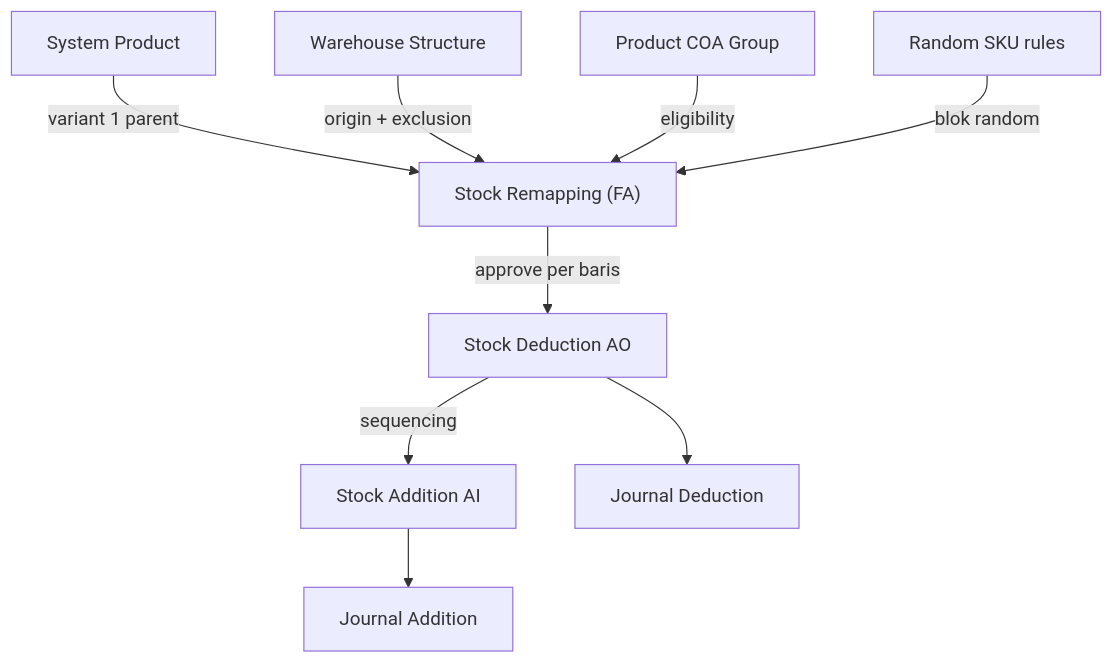
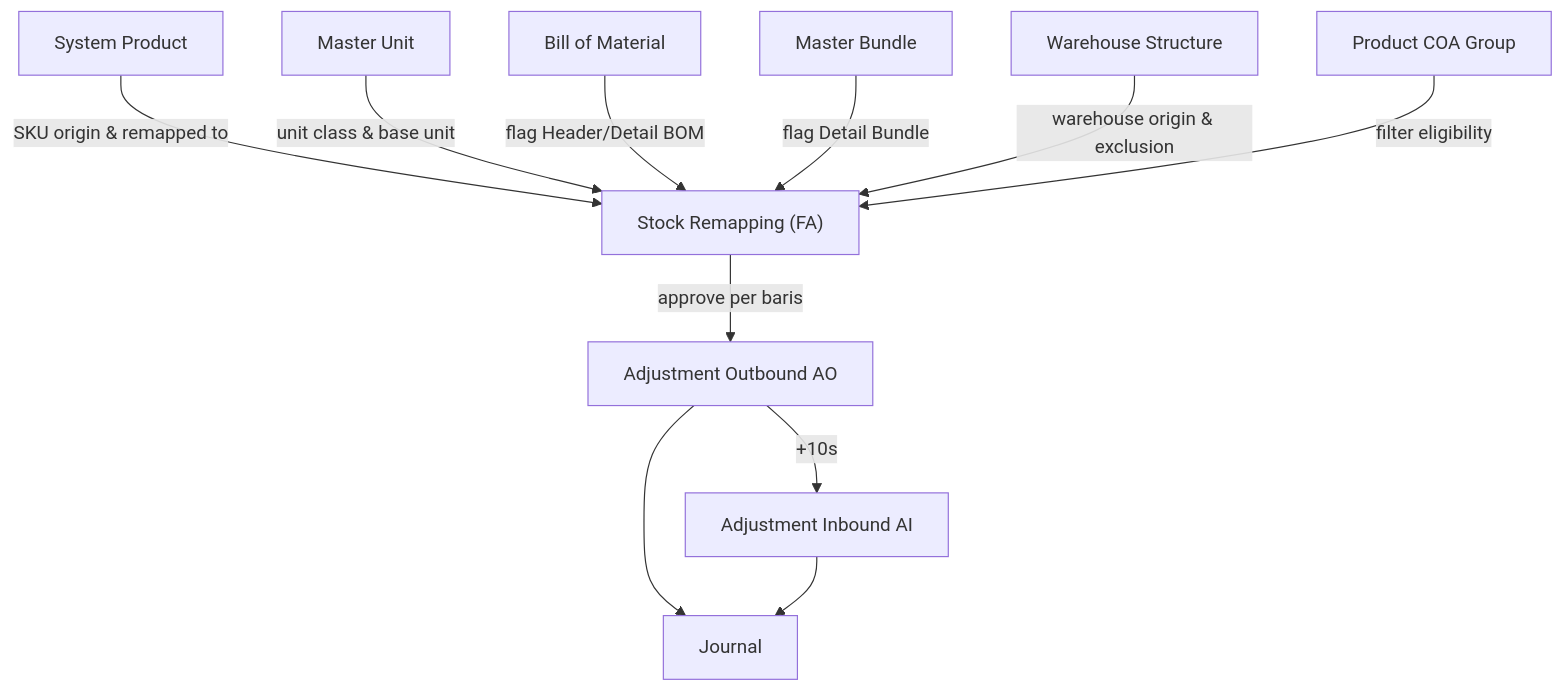
The third of 3 diagrams in qa-docs/accounting-stock-remapping/requirement.md (yendyr/olshoperp-docs), drawn with Mermaid before and after one commit. The commit also changed other lines of this file and 31 other files, not shown here.

````diff
--- a/qa-docs/accounting-stock-remapping/requirement.md
+++ b/qa-docs/accounting-stock-remapping/requirement.md
@@ -283,13 +251,14 @@
 ```mermaid
 flowchart TB
     RM["Stock Remapping (FA)"]
-    SP[System Product] -->|variant 1 parent| RM
-    WH[Warehouse Structure] -->|origin + exclusion| RM
-    PCG[Product COA Group] -->|eligibility| RM
-    RS[Random SKU rules] -->|blok random| RM
-
-    RM -->|approve per baris| SD[Stock Deduction AO]
-    SD -->|sequencing| SA[Stock Addition AI]
-    SD --> J[Journal Deduction]
-    SA --> J2[Journal Addition]
+    SP[System Product] -->|SKU origin & remapped to| RM
+    MU[Master Unit] -->|unit class & base unit| RM
+    BOM[Bill of Material] -->|flag Header/Detail BOM| RM
+    BDL[Master Bundle] -->|flag Detail Bundle| RM
+    WH[Warehouse Structure] -->|warehouse origin & exclusion| RM
+    PCG[Product COA Group] -->|filter eligibility| RM
+    RM -->|approve per baris| SD[Adjustment Outbound AO]
+    SD -->|+10s| SA[Adjustment Inbound AI]
+    SD --> J[Journal]
+    SA --> J
 ```
````
